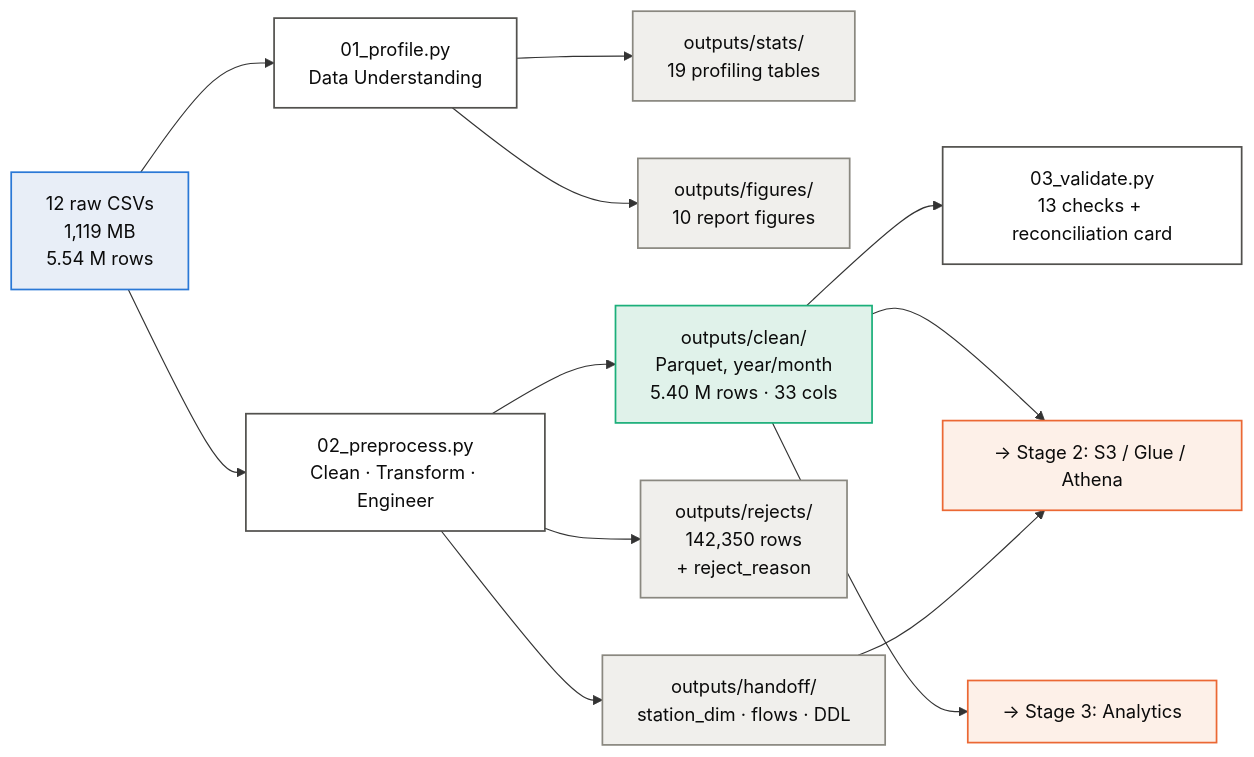
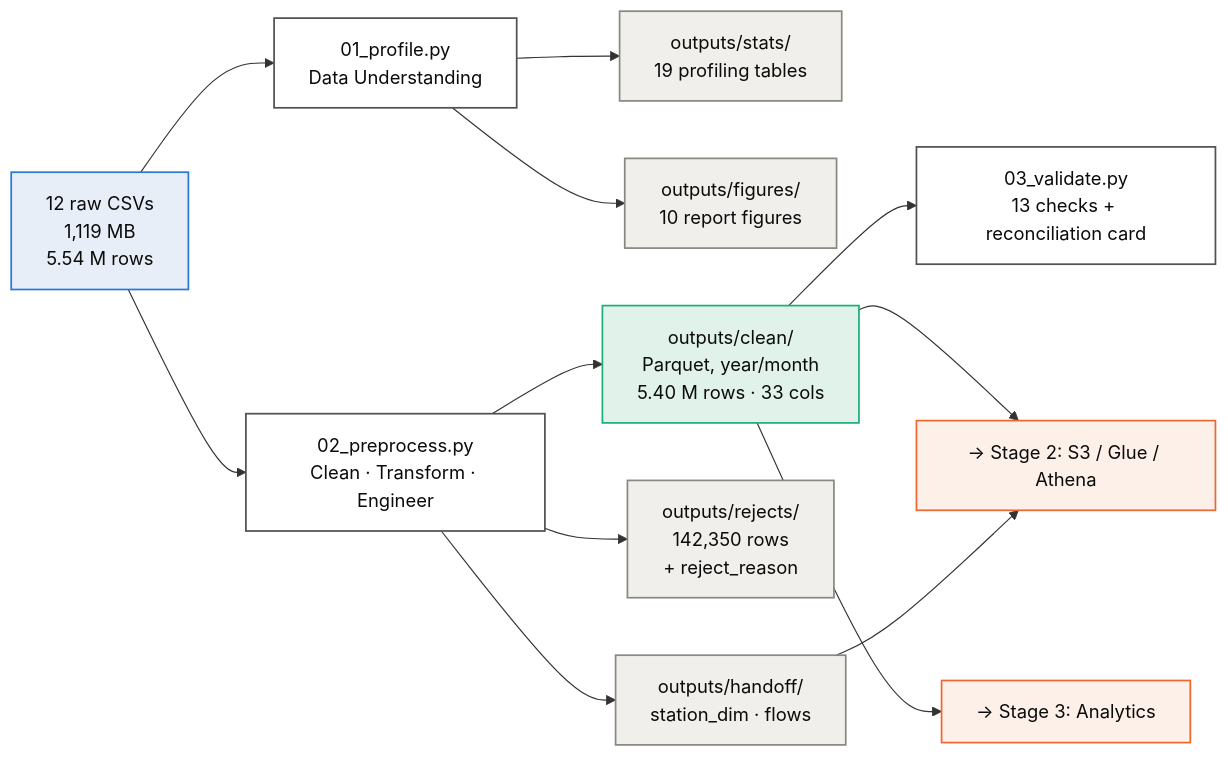
Before and after one commit to lANXEZ/DES431-BigData-Project: the diagram in DATA_UNDERSTANDING_AND_PREPROCESSING.md, drawn with Mermaid. The commit also changed other lines of this file and 6 other files, not shown here.

````diff
--- a/DATA_UNDERSTANDING_AND_PREPROCESSING.md
+++ b/DATA_UNDERSTANDING_AND_PREPROCESSING.md
@@ -23,26 +23,26 @@
 ```mermaid
 flowchart LR
     A["12 raw CSVs<br/>1,119 MB<br/>5.54 M rows"] --> B["01_profile.py<br/>Data Understanding"]
     A --> C["02_preprocess.py<br/>Clean · Transform · Engineer"]
     B --> S["outputs/stats/<br/>19 profiling tables"]
     B --> F["outputs/figures/<br/>10 report figures"]
     C --> D["outputs/clean/<br/>Parquet, year/month<br/>5.40 M rows · 33 cols"]
     C --> R["outputs/rejects/<br/>142,350 rows<br/>+ reject_reason"]
-    C --> H["outputs/handoff/<br/>station_dim · flows · DDL"]
+    C --> H["outputs/handoff/<br/>station_dim · flows"]
     D --> V["03_validate.py<br/>13 checks + reconciliation card"]
     D --> N["→ Stage 2: S3 / Glue / Athena"]
     H --> N
     D --> M["→ Stage 3: Analytics"]
 
     classDef input   fill:#e8eef7,stroke:#2a78d6,stroke-width:1.5px,color:#0b0b0b
     classDef proc    fill:#ffffff,stroke:#52514e,stroke-width:1.5px,color:#0b0b0b
     classDef output  fill:#f0efec,stroke:#8a8880,stroke-width:1.5px,color:#0b0b0b
     classDef curated fill:#e0f2ea,stroke:#1baf7a,stroke-width:1.5px,color:#0b0b0b
     classDef next    fill:#fdf0e8,stroke:#eb6834,stroke-width:1.5px,color:#0b0b0b
 
     class A input
     class B,C,V proc
     class S,F,R,H output
     class D curated
     class N,M next
 ```
````
